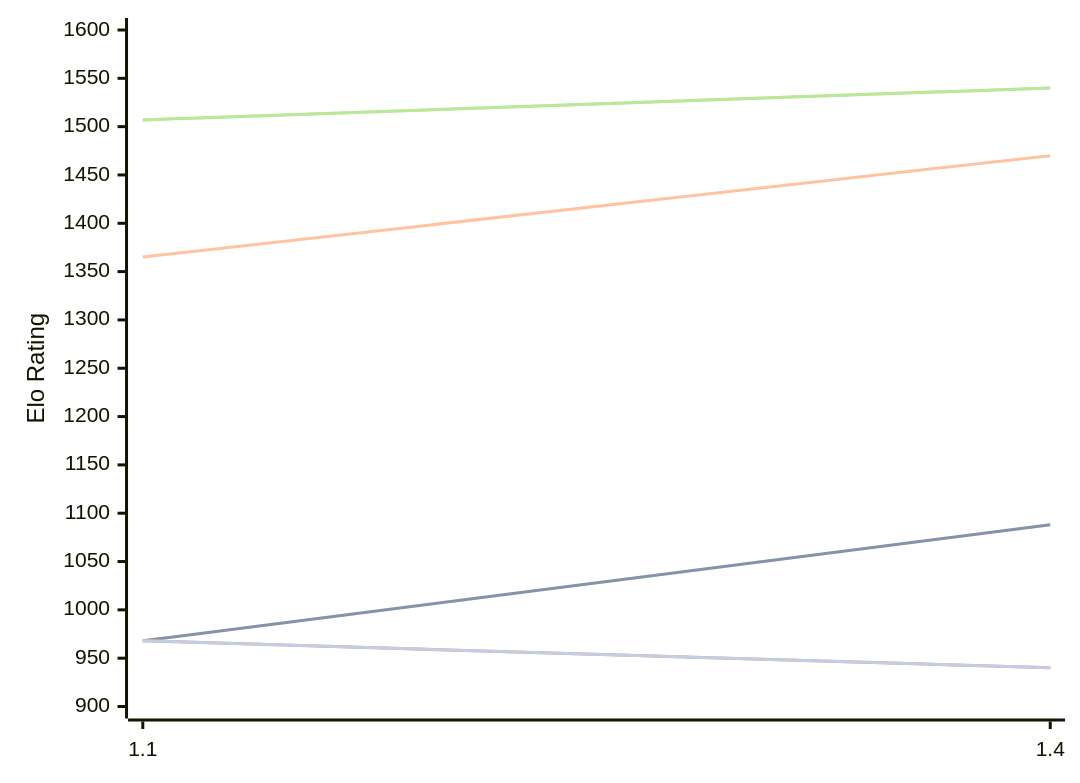
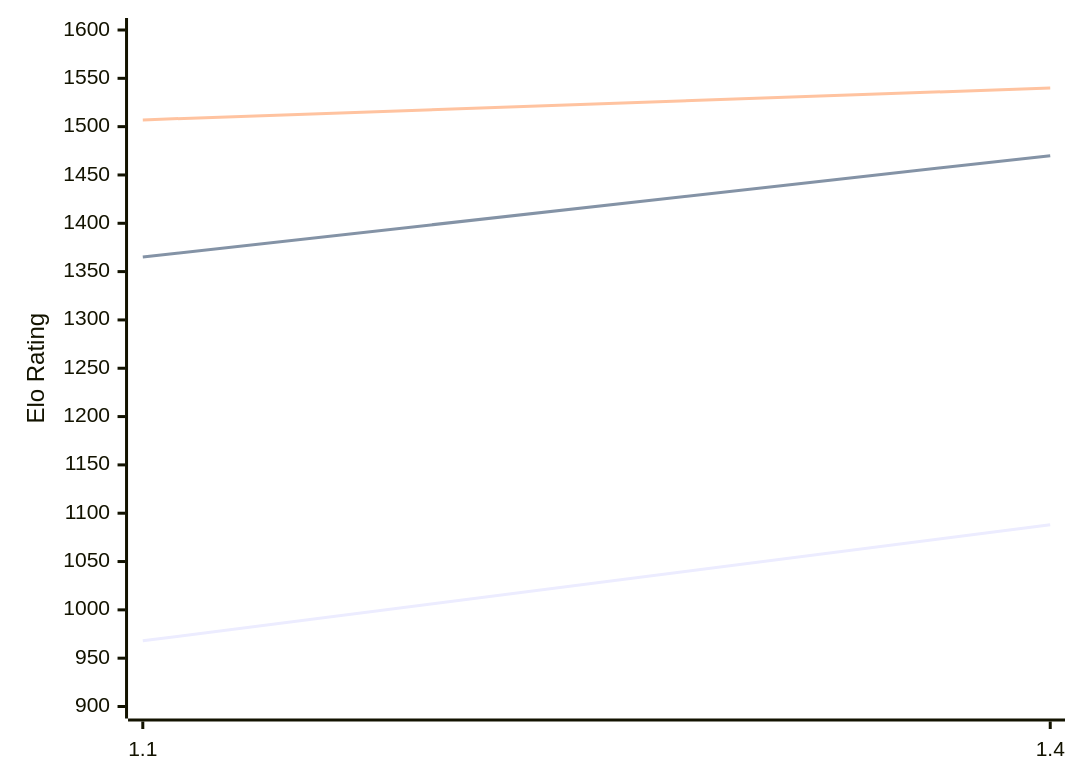
Before and after one commit to computer-chess-index/cci: the diagram in engines/USunfish.md, drawn with Mermaid. The commit also changed other lines of this file, not shown here.

````diff
--- a/engines/USunfish.md
+++ b/engines/USunfish.md
@@ -48,13 +48,9 @@
 ```mermaid
 %%{init: {"theme":"base","themeVariables":{"seriesColors:['#a3a3a3','#222221','#faa371']}}}%%
 xychart-beta
   x-axis ["1.1", "1.4"]
   y-axis "Elo Rating" 900 --> 1600
-  line "" [968, 1088]
   line "T1: STC (8.0+0.08s)" [968, 1088]
   line "T1: LTC (60.0+0.60s)" [1365, 1470]
-  line "" [1507, 1540]
   line "T1: VLTC (2m24s+1.12s)" [1507, 1540]
-  line "" [968,940]
-  line "E1: STC (8.0+0.08s)" [968,940]
 ```
````
